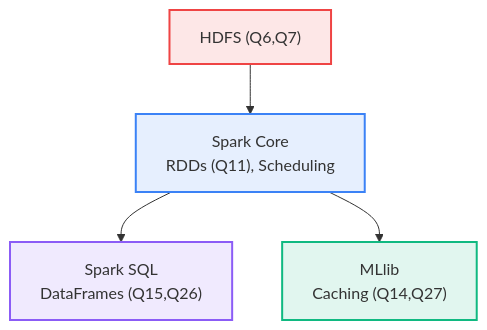
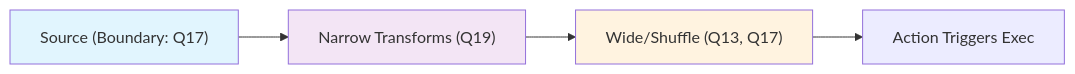
Before and after one commit to MadeInShineA/hei-course-summaries: the fourth of 5 diagrams in 302.1-data-computation/summaries/spark.md, drawn with Mermaid. The commit also changed other lines of this file and 1 other file, not shown here.

Commit message:
Updated spark.md to a more consize summary

````diff
--- a/302.1-data-computation/summaries/spark.md
+++ b/302.1-data-computation/summaries/spark.md
@@ -344,11 +185,7 @@
 ```mermaid
-flowchart TD
-    Core["Spark Core\nRDDs (Q11), Scheduling"] --> SQL["Spark SQL\nDataFrames (Q15,Q26)"]
-    Core --> ML["MLlib\nCaching (Q14,Q27)"]
-    Storage["HDFS (Q6,Q7)"] --> Core
-
-    style Core fill:#3b82f620,stroke:#3b82f6,stroke-width:2px
-    style SQL fill:#8b5cf620,stroke:#8b5cf6,stroke-width:2px
-    style ML fill:#10b98120,stroke:#10b981,stroke-width:2px
-    style Storage fill:#ef444420,stroke:#ef4444,stroke-width:2px
+graph LR
+    Source["Source (Boundary: Q17)"] --> Narrow["Narrow Transforms (Q19)"] --> Wide["Wide/Shuffle (Q13, Q17)"] --> Action["Action Triggers Exec"]
+    style Source fill:#e1f5fe
+    style Narrow fill:#f3e5f5
+    style Wide fill:#fff3e0
 ```
````
